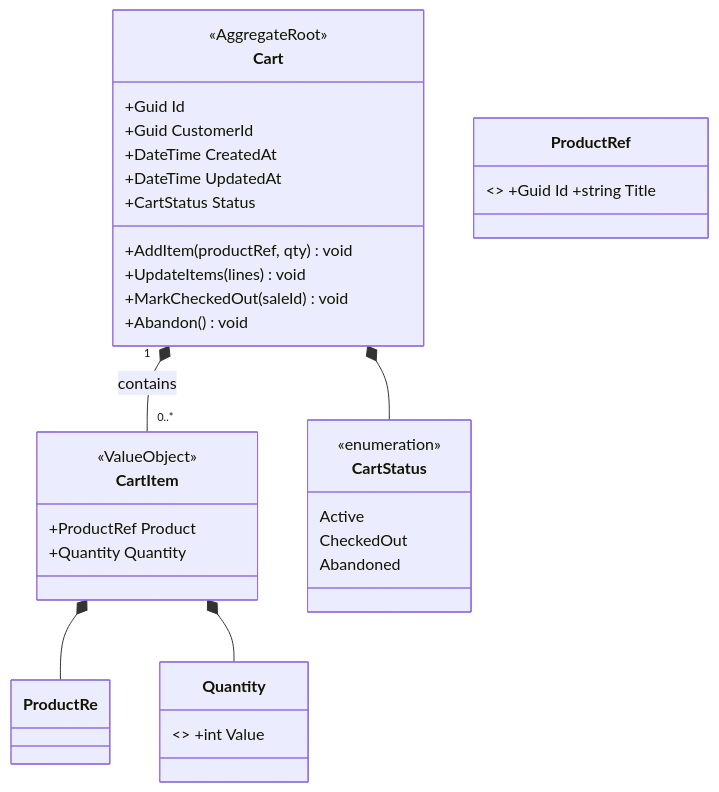
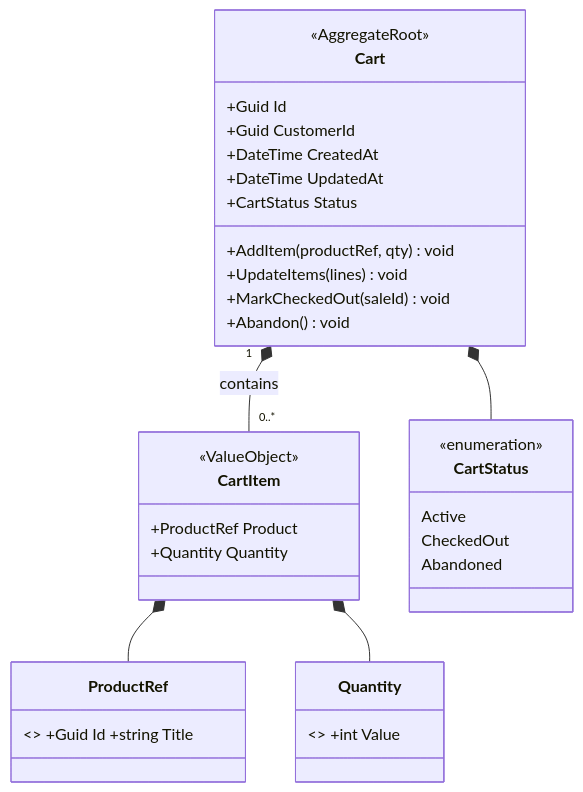
Before and after one commit to dante-escame/abi-gth-omnia-dev-eval: the fourth of 5 diagrams in .doc/my-own/diagrams.md, drawn with Mermaid. The commit also changed other lines of this file and 1 other file, not shown here.

Commit message:
docs: finishing up the basic docs for ref

````diff
--- a/.doc/my-own/diagrams.md
+++ b/.doc/my-own/diagrams.md
@@ -112,33 +112,33 @@
 ```mermaid
 classDiagram
     class Cart {
         <<AggregateRoot>>
         +Guid Id
         +Guid CustomerId
         +DateTime CreatedAt
         +DateTime UpdatedAt
         +CartStatus Status
         +AddItem(productRef, qty) void
         +UpdateItems(lines) void
         +MarkCheckedOut(saleId) void
         +Abandon() void
     }
     class CartItem {
         <<ValueObject>>
         +ProductRef Product
         +Quantity Quantity
     }
-    class ProductRef { <<???>> +Guid Id +string Title }
+    class ProductRef { <<ValueObject>> +Guid Id +string Title }
     class Quantity { <<ValueObject>> +int Value }
     class CartStatus {
         <<enumeration>>
         Active
         CheckedOut
         Abandoned
     }
 
     Cart "1" *-- "0..*" CartItem : contains
-    CartItem *-- ProductRe
+    CartItem *-- ProductRef
     CartItem *-- Quantity
     Cart *-- CartStatus
 ```
````
